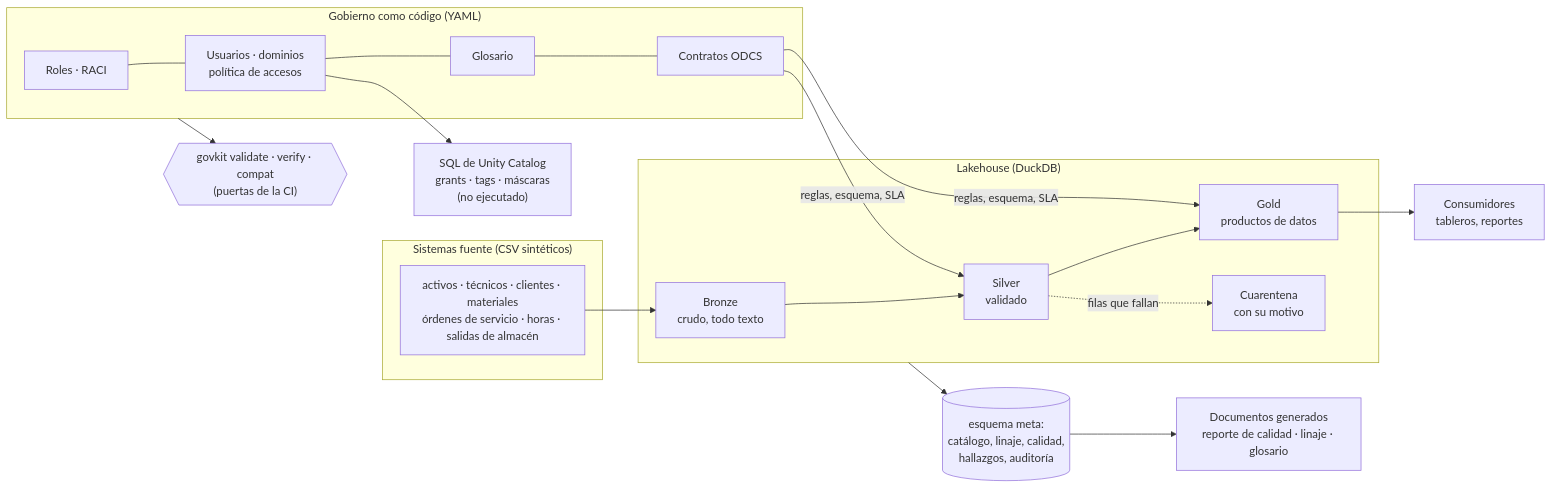
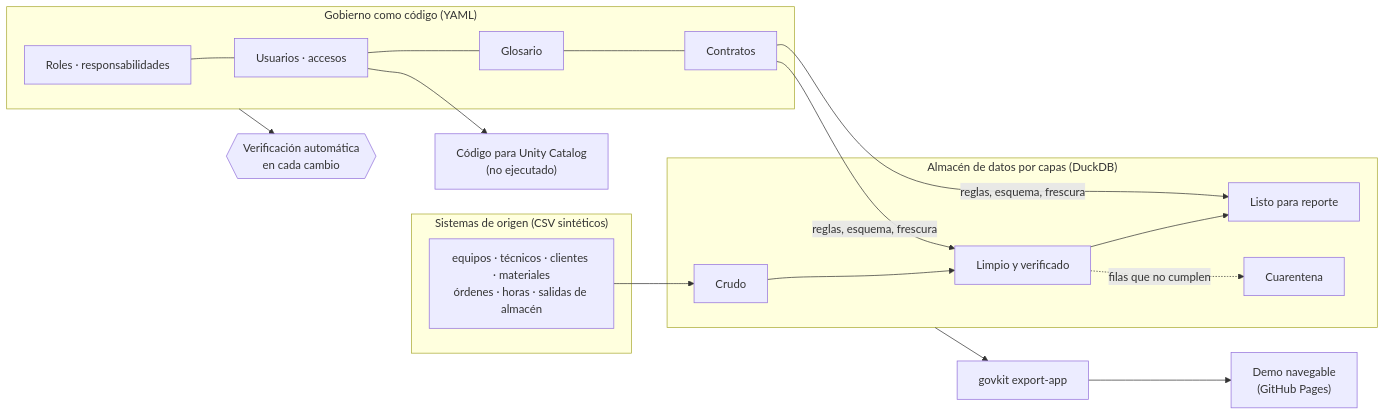
Before and after one commit to juansanchezalcantara20-ai/data-governance-as-code: the diagram in README.es.md, drawn with Mermaid. The commit also changed other lines of this file and 39 other files, not shown here.

First line of the commit message:
Publish the demo: browser tests, captures, Pages workflow and showcase READMEs

````diff
--- a/README.es.md
+++ b/README.es.md
@@ -50,22 +69,20 @@
 ```mermaid
 flowchart LR
-    subgraph SRC["Sistemas fuente (CSV sintéticos)"]
-      F[activos · técnicos · clientes · materiales<br/>órdenes de servicio · horas · salidas de almacén]
+    subgraph SRC["Sistemas de origen (CSV sintéticos)"]
+      F[equipos · técnicos · clientes · materiales<br/>órdenes · horas · salidas de almacén]
     end
-    subgraph LH["Lakehouse (DuckDB)"]
-      B["Bronze<br/>crudo, todo texto"] --> S["Silver<br/>validado"] --> G["Gold<br/>productos de datos"]
-      S -. filas que fallan .-> Q["Cuarentena<br/>con su motivo"]
+    subgraph LH["Almacén de datos por capas (DuckDB)"]
+      B["Crudo"] --> S["Limpio y verificado"] --> G["Listo para reporte"]
+      S -. filas que no cumplen .-> Q["Cuarentena"]
     end
     subgraph GOV["Gobierno como código (YAML)"]
-      R[Roles · RACI] --- U[Usuarios · dominios<br/>política de accesos]
+      R[Roles · responsabilidades] --- U[Usuarios · accesos]
       U --- GL[Glosario]
-      GL --- C[Contratos ODCS]
+      GL --- C[Contratos]
     end
     F --> B
-    C -- reglas, esquema, SLA --> S & G
-    G --> X["Consumidores<br/>tableros, reportes"]
-    GOV --> V{{"govkit validate · verify · compat<br/>(puertas de la CI)"}}
-    LH --> M[("esquema meta:<br/>catálogo, linaje, calidad,<br/>hallazgos, auditoría")]
-    M --> D["Documentos generados<br/>reporte de calidad · linaje · glosario"]
-    U --> UC["SQL de Unity Catalog<br/>grants · tags · máscaras<br/>(no ejecutado)"]
+    C -- reglas, esquema, frescura --> S & G
+    GOV --> V{{"Verificación automática<br/>en cada cambio"}}
+    LH --> X["govkit export-app"] --> APP["Demo navegable<br/>(GitHub Pages)"]
+    U --> UC["Código para Unity Catalog<br/>(no ejecutado)"]
 ```
````
